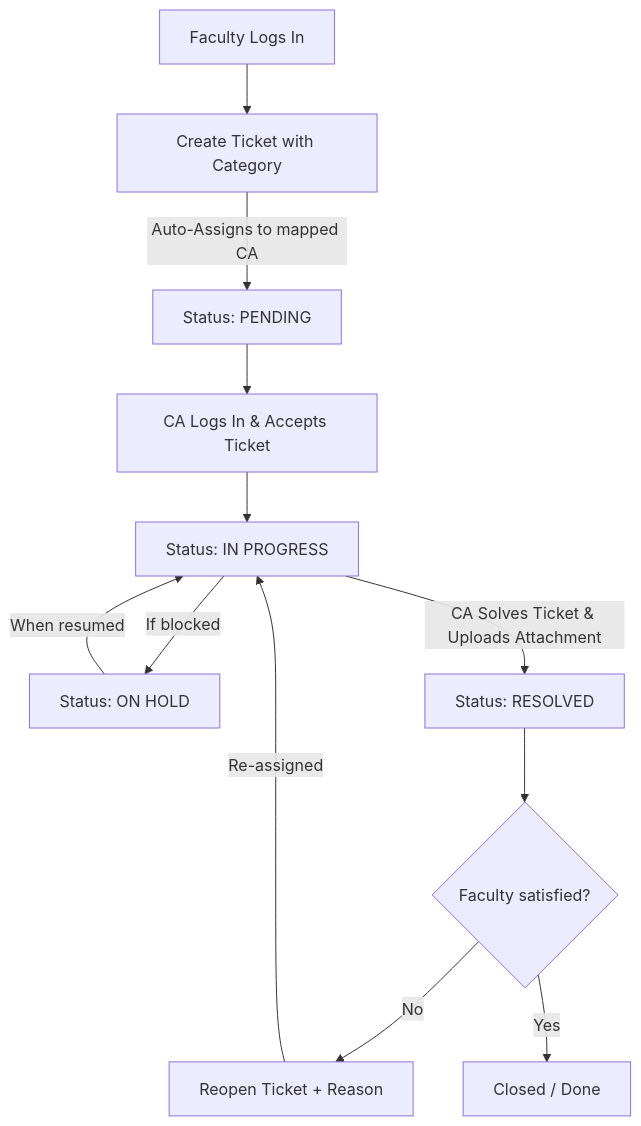
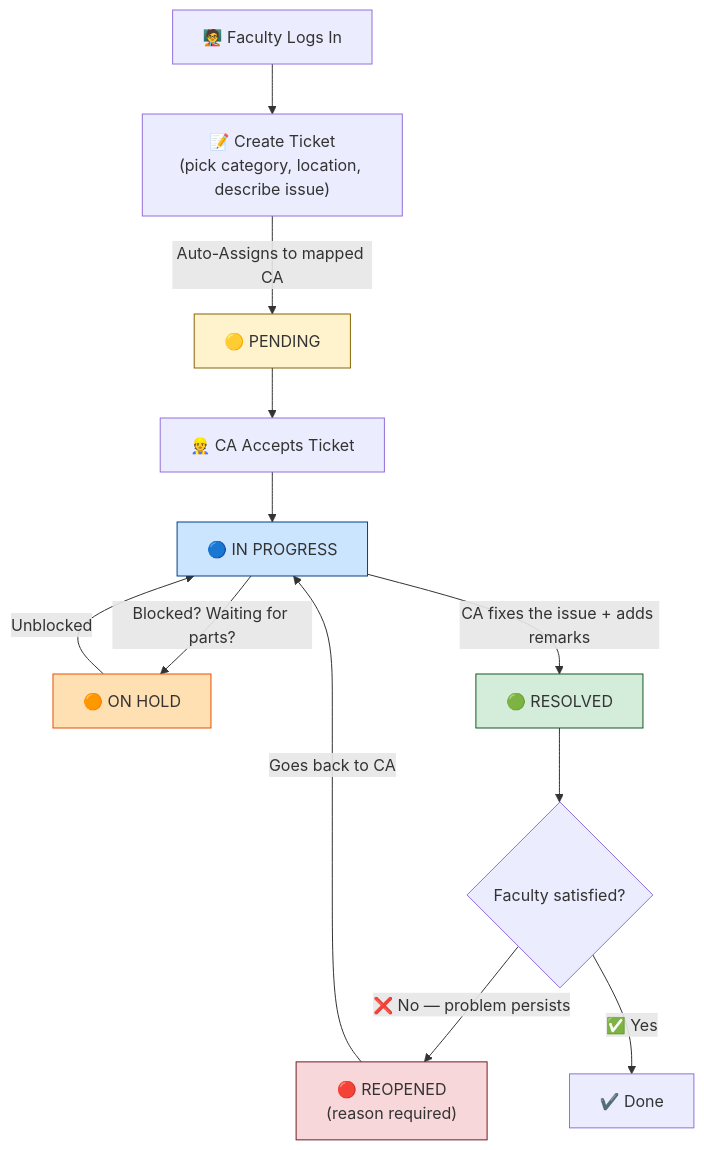
One commit to bhaskar1461/snist_helpdesk changed the second of 3 diagrams in README.md. Above: the diagram before and after it, drawn with Mermaid. The commit also changed other lines of this file, not shown here.

Commit message:
docs: comprehensive README rewrite with architecture, RBAC, lifecycle, DB schema, security, API reference, and deployment guide

````diff
--- a/README.md
+++ b/README.md
@@ -206,14 +121,20 @@
 ```mermaid
 graph TD
-    A[Faculty Logs In] --> B[Create Ticket with Category]
-    B -->|Auto-Assigns to mapped CA| C[Status: PENDING]
-    C --> D[CA Logs In & Accepts Ticket]
-    D --> E[Status: IN PROGRESS]
-    E -->|If blocked| F[Status: ON HOLD]
-    F -->|When resumed| E
-    E -->|CA Solves Ticket & Uploads Attachment| G[Status: RESOLVED]
-    G --> H{Faculty satisfied?}
-    H -->|No| I[Reopen Ticket + Reason]
-    I -->|Re-assigned| E
-    H -->|Yes| J[Closed / Done]
+    A["🧑‍🏫 Faculty Logs In"] --> B["📝 Create Ticket<br/>(pick category, location, describe issue)"]
+    B -->|"Auto-Assigns to mapped CA"| C["🟡 PENDING"]
+    C --> D["👷 CA Accepts Ticket"]
+    D --> E["🔵 IN PROGRESS"]
+    E -->|"Blocked? Waiting for parts?"| F["🟠 ON HOLD"]
+    F -->|"Unblocked"| E
+    E -->|"CA fixes the issue + adds remarks"| G["🟢 RESOLVED"]
+    G --> H{"Faculty satisfied?"}
+    H -->|"❌ No — problem persists"| I["🔴 REOPENED<br/>(reason required)"]
+    I -->|"Goes back to CA"| E
+    H -->|"✅ Yes"| J["✔️ Done"]
+
+    style C fill:#FFF3CD,stroke:#856404
+    style E fill:#CCE5FF,stroke:#004085
+    style F fill:#FFE0B2,stroke:#E65100
+    style G fill:#D4EDDA,stroke:#155724
+    style I fill:#F8D7DA,stroke:#721C24
 ```
````
